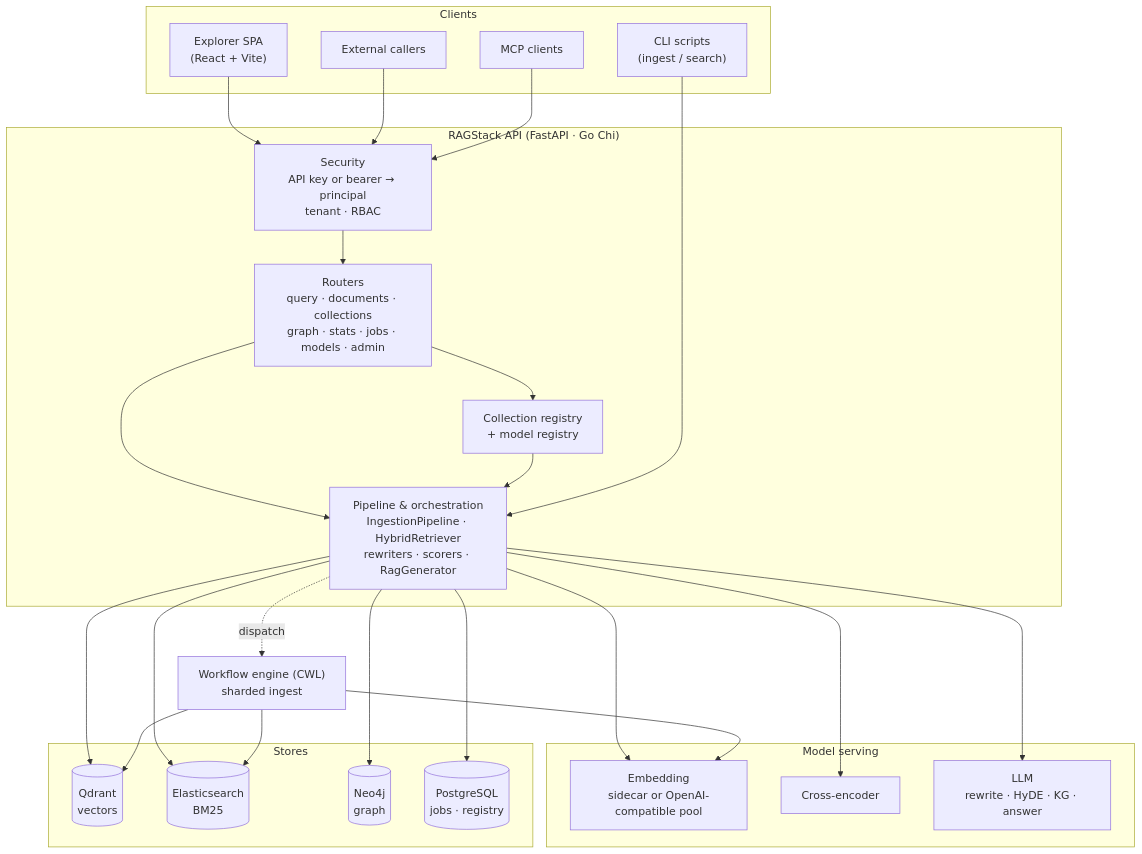
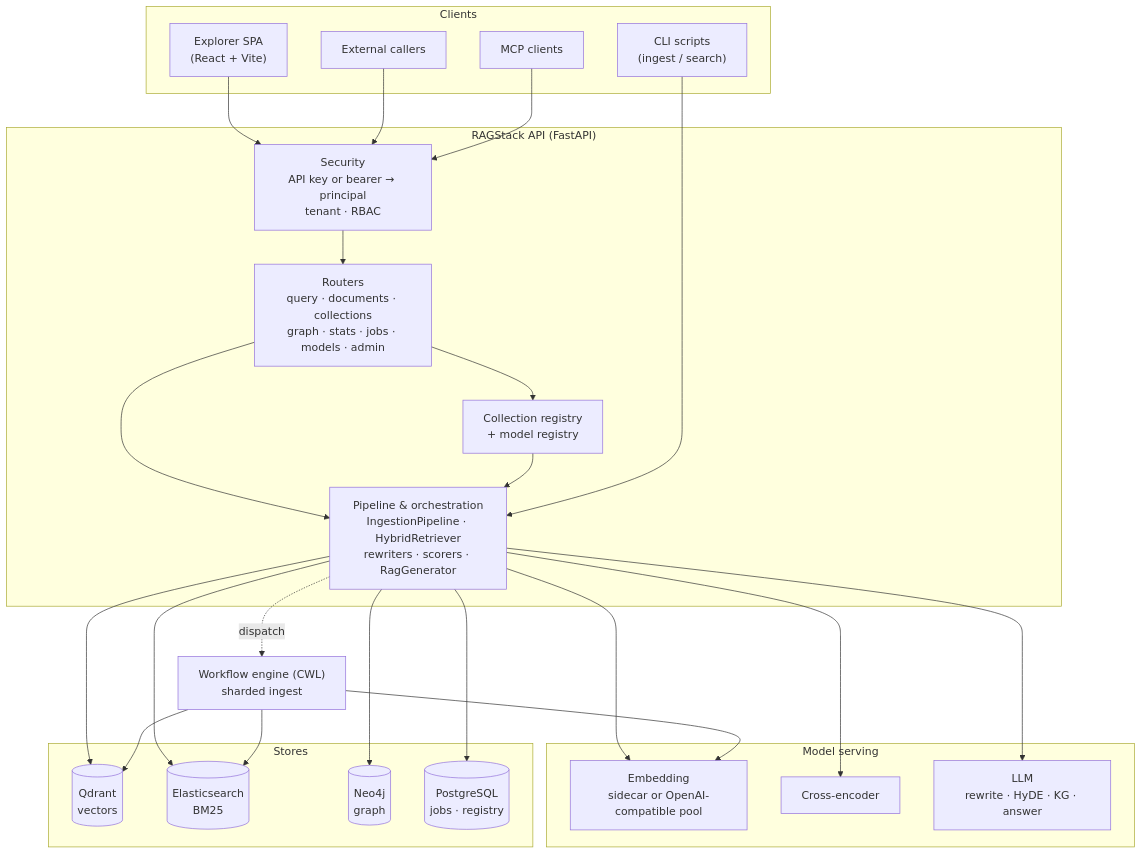
Before and after one commit to wilke/ragstack: the first of 3 diagrams in docs/ARCHITECTURE.md, drawn with Mermaid. The commit also changed other lines of this file and 7 other files, not shown here.

````diff
--- a/docs/ARCHITECTURE.md
+++ b/docs/ARCHITECTURE.md
@@ -300,51 +299,51 @@
 ```mermaid
 graph TB
     subgraph clients["Clients"]
         SPA["Explorer SPA<br/>(React + Vite)"]
         CLI["CLI scripts<br/>(ingest / search)"]
         MCPC["MCP clients"]
         EXT["External callers"]
     end
 
-    subgraph api["RAGStack API (FastAPI · Go Chi)"]
+    subgraph api["RAGStack API (FastAPI)"]
         SEC["Security<br/>API key or bearer → principal<br/>tenant · RBAC"]
         RT["Routers<br/>query · documents · collections<br/>graph · stats · jobs · models · admin"]
         REG["Collection registry<br/>+ model registry"]
         PIPE["Pipeline &amp; orchestration<br/>IngestionPipeline · HybridRetriever<br/>rewriters · scorers · RagGenerator"]
         SEC --> RT --> PIPE
         RT --> REG
         REG --> PIPE
     end
 
     subgraph models["Model serving"]
         EMB["Embedding<br/>sidecar or OpenAI-compatible pool"]
         CE["Cross-encoder"]
         LLM["LLM<br/>rewrite · HyDE · KG · answer"]
     end
 
     subgraph infra["Stores"]
         QD[("Qdrant<br/>vectors")]
         ES[("Elasticsearch<br/>BM25")]
         NEO[("Neo4j<br/>graph")]
         PG[("PostgreSQL<br/>jobs · registry")]
     end
 
     WF["Workflow engine (CWL)<br/>sharded ingest"]
 
     SPA --> SEC
     EXT --> SEC
     MCPC --> SEC
     CLI --> PIPE
 
     PIPE --> EMB
     PIPE --> CE
     PIPE --> LLM
     PIPE --> QD
     PIPE --> ES
     PIPE --> NEO
     PIPE --> PG
     PIPE -.dispatch.-> WF
     WF --> EMB
     WF --> QD
     WF --> ES
 ```
````
